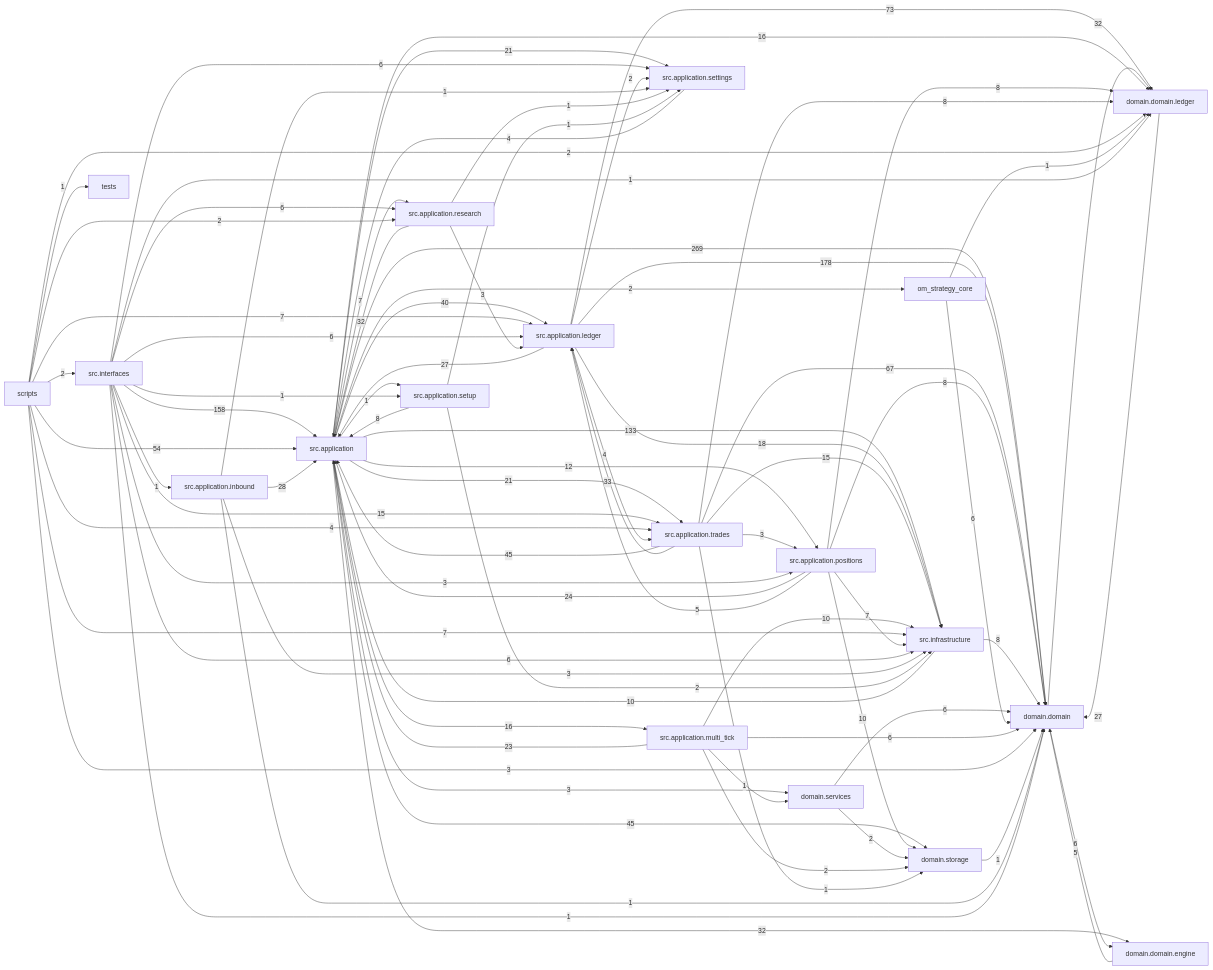
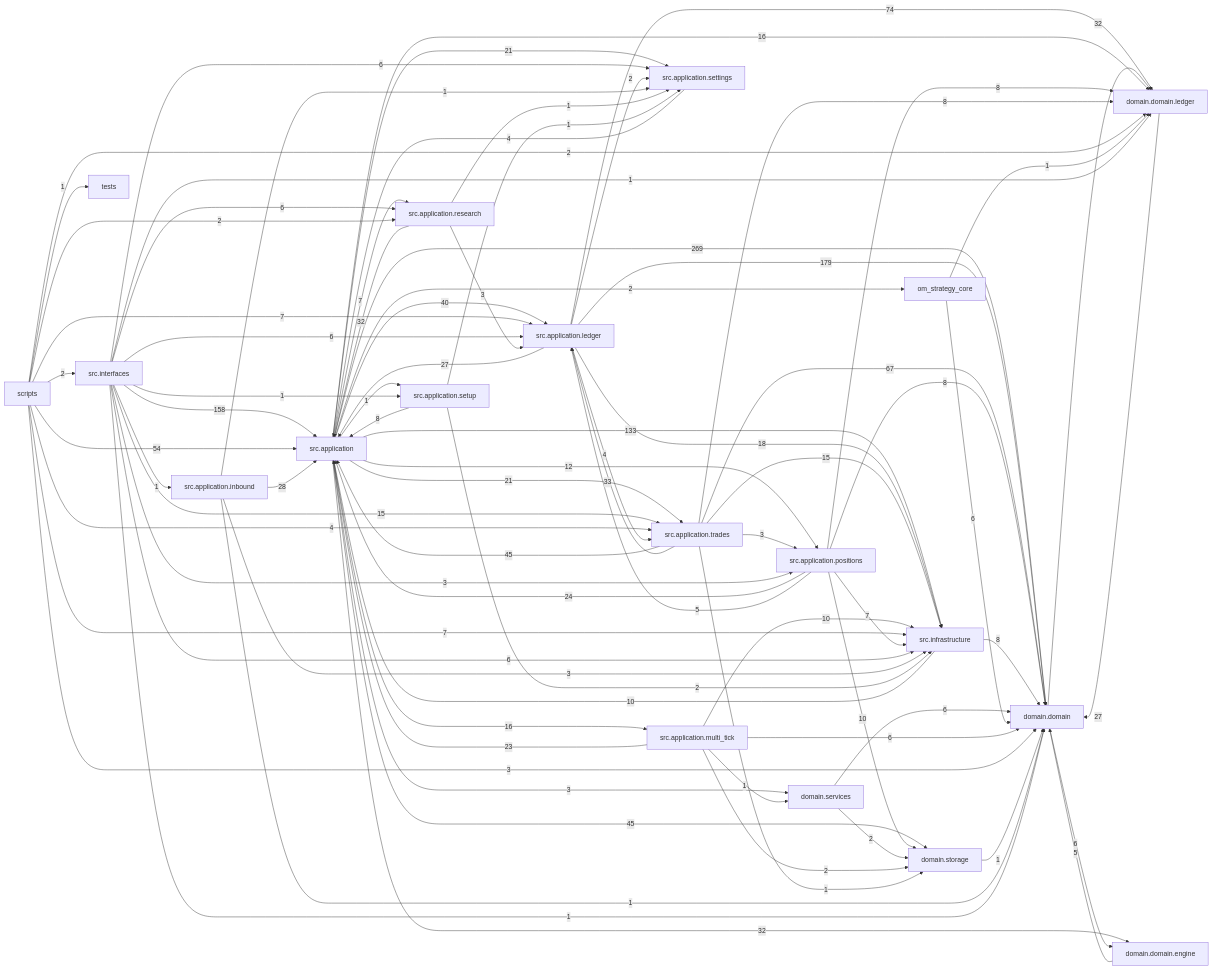
The diagram in docs/dependency_graph.mmd (liuxie066/options-monitor), drawn with Mermaid before and after one commit. The commit also changed 33 other files, not shown here.

```diff
--- a/docs/dependency_graph.mmd
+++ b/docs/dependency_graph.mmd
@@ -1,81 +1,81 @@
 flowchart LR
   src_application["src.application"] -->|269| domain_domain["domain.domain"]
-  src_application_ledger["src.application.ledger"] -->|178| domain_domain["domain.domain"]
+  src_application_ledger["src.application.ledger"] -->|179| domain_domain["domain.domain"]
   src_interfaces["src.interfaces"] -->|158| src_application["src.application"]
   src_application["src.application"] -->|133| src_infrastructure["src.infrastructure"]
-  src_application_ledger["src.application.ledger"] -->|73| domain_domain_ledger["domain.domain.ledger"]
+  src_application_ledger["src.application.ledger"] -->|74| domain_domain_ledger["domain.domain.ledger"]
   src_application_trades["src.application.trades"] -->|67| domain_domain["domain.domain"]
   scripts["scripts"] -->|54| src_application["src.application"]
   src_application["src.application"] -->|45| domain_storage["domain.storage"]
   src_application_trades["src.application.trades"] -->|45| src_application["src.application"]
   src_application["src.application"] -->|40| src_application_ledger["src.application.ledger"]
   src_application_trades["src.application.trades"] -->|33| src_application_ledger["src.application.ledger"]
   domain_domain["domain.domain"] -->|32| domain_domain_ledger["domain.domain.ledger"]
   src_application["src.application"] -->|32| domain_domain_engine["domain.domain.engine"]
   src_application_research["src.application.research"] -->|32| src_application["src.application"]
   src_application_inbound["src.application.inbound"] -->|28| src_application["src.application"]
   domain_domain_ledger["domain.domain.ledger"] -->|27| domain_domain["domain.domain"]
   src_application_ledger["src.application.ledger"] -->|27| src_application["src.application"]
   src_application_positions["src.application.positions"] -->|24| src_application["src.application"]
   src_application_multi_tick["src.application.multi_tick"] -->|23| src_application["src.application"]
   src_application["src.application"] -->|21| src_application_settings["src.application.settings"]
   src_application["src.application"] -->|21| src_application_trades["src.application.trades"]
   src_application_ledger["src.application.ledger"] -->|18| src_infrastructure["src.infrastructure"]
   src_application["src.application"] -->|16| domain_domain_ledger["domain.domain.ledger"]
   src_application["src.application"] -->|16| src_application_multi_tick["src.application.multi_tick"]
   src_application_trades["src.application.trades"] -->|15| src_infrastructure["src.infrastructure"]
   src_interfaces["src.interfaces"] -->|15| src_application_trades["src.application.trades"]
   src_application["src.application"] -->|12| src_application_positions["src.application.positions"]
   src_application_multi_tick["src.application.multi_tick"] -->|10| src_infrastructure["src.infrastructure"]
   src_application_positions["src.application.positions"] -->|10| domain_storage["domain.storage"]
   src_infrastructure["src.infrastructure"] -->|10| src_application["src.application"]
   src_application_positions["src.application.positions"] -->|8| domain_domain["domain.domain"]
   src_application_positions["src.application.positions"] -->|8| domain_domain_ledger["domain.domain.ledger"]
   src_application_setup["src.application.setup"] -->|8| src_application["src.application"]
   src_application_trades["src.application.trades"] -->|8| domain_domain_ledger["domain.domain.ledger"]
   src_infrastructure["src.infrastructure"] -->|8| domain_domain["domain.domain"]
   scripts["scripts"] -->|7| src_application_ledger["src.application.ledger"]
   scripts["scripts"] -->|7| src_infrastructure["src.infrastructure"]
   src_application["src.application"] -->|7| src_application_research["src.application.research"]
   src_application_positions["src.application.positions"] -->|7| src_infrastructure["src.infrastructure"]
   domain_domain["domain.domain"] -->|6| domain_domain_engine["domain.domain.engine"]
   domain_services["domain.services"] -->|6| domain_domain["domain.domain"]
   om_strategy_core["om_strategy_core"] -->|6| domain_domain["domain.domain"]
   src_application_multi_tick["src.application.multi_tick"] -->|6| domain_domain["domain.domain"]
   src_interfaces["src.interfaces"] -->|6| src_application_ledger["src.application.ledger"]
   src_interfaces["src.interfaces"] -->|6| src_application_research["src.application.research"]
   src_interfaces["src.interfaces"] -->|6| src_application_settings["src.application.settings"]
   src_interfaces["src.interfaces"] -->|6| src_infrastructure["src.infrastructure"]
   domain_domain_engine["domain.domain.engine"] -->|5| domain_domain["domain.domain"]
   src_application_positions["src.application.positions"] -->|5| src_application_ledger["src.application.ledger"]
   scripts["scripts"] -->|4| src_application_trades["src.application.trades"]
   src_application_ledger["src.application.ledger"] -->|4| src_application_trades["src.application.trades"]
   src_application_settings["src.application.settings"] -->|4| src_application["src.application"]
   scripts["scripts"] -->|3| domain_domain["domain.domain"]
   src_application["src.application"] -->|3| domain_services["domain.services"]
   src_application_inbound["src.application.inbound"] -->|3| src_infrastructure["src.infrastructure"]
   src_application_research["src.application.research"] -->|3| src_application_ledger["src.application.ledger"]
   src_application_trades["src.application.trades"] -->|3| src_application_positions["src.application.positions"]
   src_interfaces["src.interfaces"] -->|3| src_application_positions["src.application.positions"]
   domain_services["domain.services"] -->|2| domain_storage["domain.storage"]
   scripts["scripts"] -->|2| domain_domain_ledger["domain.domain.ledger"]
   scripts["scripts"] -->|2| src_application_research["src.application.research"]
   scripts["scripts"] -->|2| src_interfaces["src.interfaces"]
   src_application["src.application"] -->|2| om_strategy_core["om_strategy_core"]
   src_application_ledger["src.application.ledger"] -->|2| src_application_settings["src.application.settings"]
   src_application_multi_tick["src.application.multi_tick"] -->|2| domain_storage["domain.storage"]
   src_application_setup["src.application.setup"] -->|2| src_infrastructure["src.infrastructure"]
   domain_storage["domain.storage"] -->|1| domain_domain["domain.domain"]
   om_strategy_core["om_strategy_core"] -->|1| domain_domain_ledger["domain.domain.ledger"]
   scripts["scripts"] -->|1| tests["tests"]
   src_application["src.application"] -->|1| src_application_setup["src.application.setup"]
   src_application_inbound["src.application.inbound"] -->|1| domain_domain["domain.domain"]
   src_application_inbound["src.application.inbound"] -->|1| src_application_settings["src.application.settings"]
   src_application_multi_tick["src.application.multi_tick"] -->|1| domain_services["domain.services"]
   src_application_research["src.application.research"] -->|1| src_application_settings["src.application.settings"]
   src_application_setup["src.application.setup"] -->|1| src_application_settings["src.application.settings"]
   src_application_trades["src.application.trades"] -->|1| domain_storage["domain.storage"]
   src_interfaces["src.interfaces"] -->|1| domain_domain["domain.domain"]
   src_interfaces["src.interfaces"] -->|1| domain_domain_ledger["domain.domain.ledger"]
   src_interfaces["src.interfaces"] -->|1| src_application_inbound["src.application.inbound"]
   src_interfaces["src.interfaces"] -->|1| src_application_setup["src.application.setup"]
```
